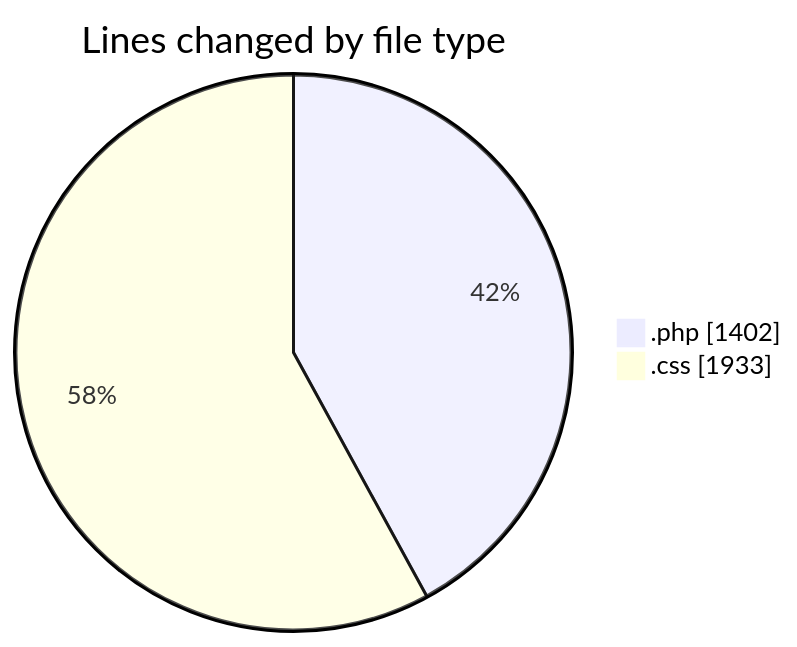
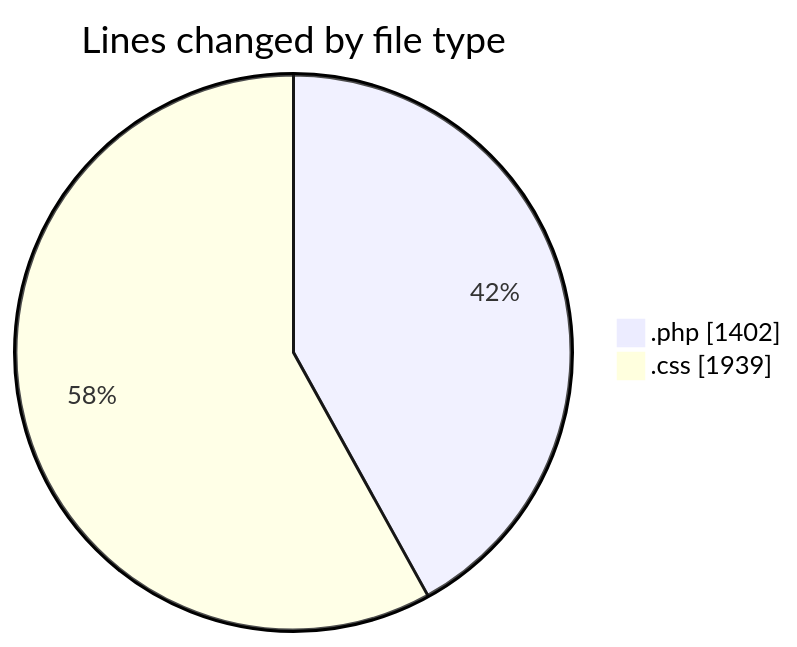
One commit to debugP/code-tracking changed the first of 2 diagrams in 2025-10-23/untitled__workspace_/README.md. Above: the diagram before and after it, drawn with Mermaid. The commit also changed other lines of this file and 1 other file, not shown here.

````diff
--- a/2025-10-23/untitled__workspace_/README.md
+++ b/2025-10-23/untitled__workspace_/README.md
@@ -21,6 +21,6 @@
 ```mermaid
 pie showData
 title Lines changed by file type
 ".php" : 1402
-".css" : 1933
+".css" : 1939
 ```
````
